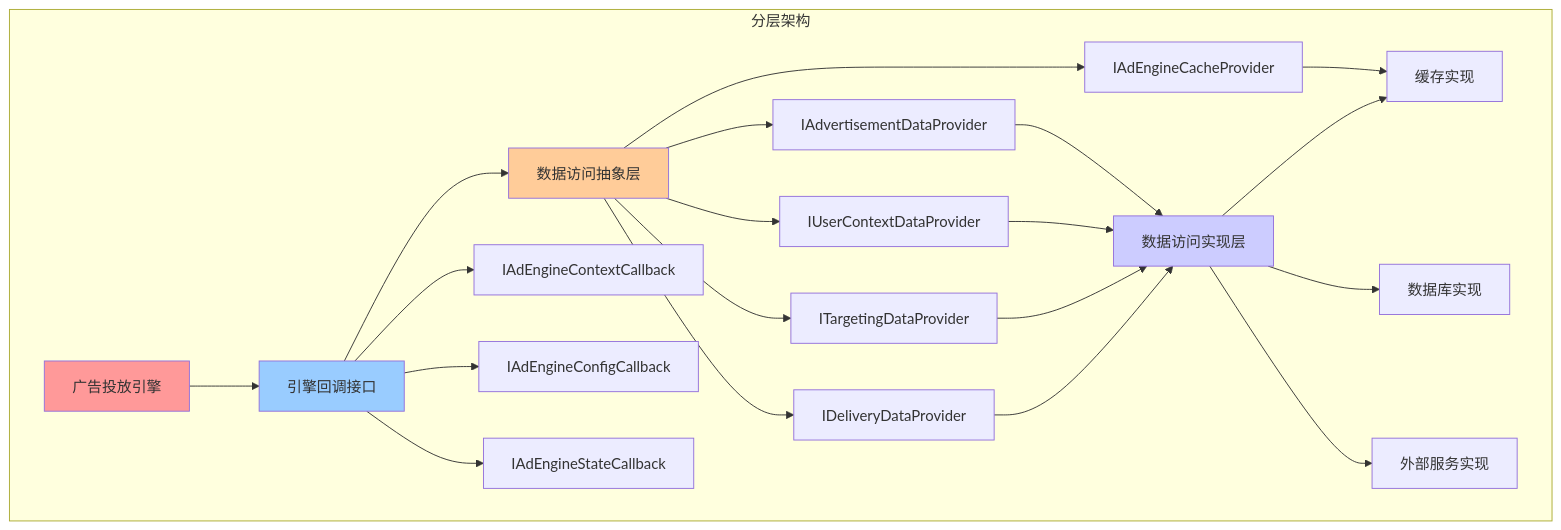
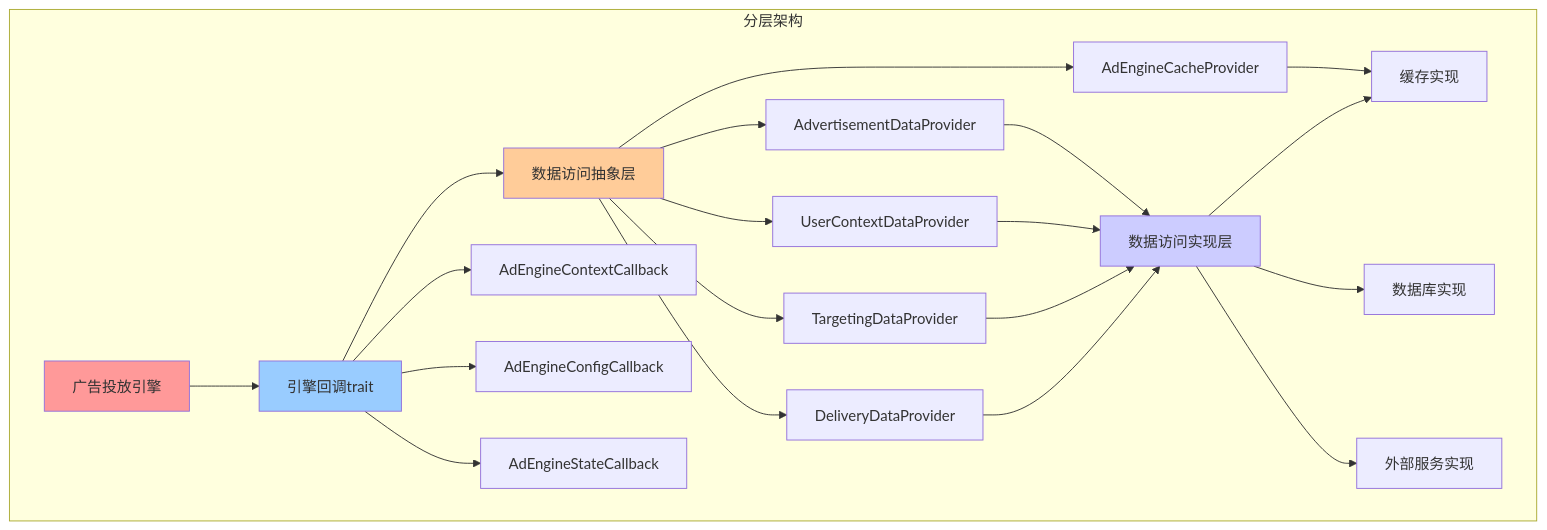
Before and after one commit to lornshrimp/Lorn.ADSP.Rust: the sixth of 12 diagrams in docs_TecDesign/广告投放引擎/广告引擎抽象层设计.md, drawn with Mermaid. The commit also changed other lines of this file and 3 other files, not shown here.

````diff
--- a/docs_TecDesign/广告投放引擎/广告引擎抽象层设计.md
+++ b/docs_TecDesign/广告投放引擎/广告引擎抽象层设计.md
@@ -552,47 +563,47 @@
 ```mermaid
 graph TB
     subgraph "分层架构"
-        A[广告投放引擎] --> B[引擎回调接口]
+        A[广告投放引擎] --> B[引擎回调trait]
         B --> C[数据访问抽象层]
         
-        B1[IAdEngineContextCallback]
-        B2[IAdEngineConfigCallback]  
-        B3[IAdEngineStateCallback]
+        B1[AdEngineContextCallback]
+        B2[AdEngineConfigCallback]  
+        B3[AdEngineStateCallback]
         
-        C1[IAdvertisementDataProvider]
-        C2[IUserContextDataProvider]
-        C3[ITargetingDataProvider]
-        C4[IDeliveryDataProvider]
-        C5[IAdEngineCacheProvider]
+        C1[AdvertisementDataProvider]
+        C2[UserContextDataProvider]
+        C3[TargetingDataProvider]
+        C4[DeliveryDataProvider]
+        C5[AdEngineCacheProvider]
         
         D[数据访问实现层]
         D1[缓存实现]
         D2[数据库实现]
         D3[外部服务实现]
         
         B --> B1
         B --> B2
         B --> B3
         
         C --> C1
         C --> C2
         C --> C3
         C --> C4
         C --> C5
         
         C1 --> D
         C2 --> D
         C3 --> D
         C4 --> D
         C5 --> D1
         
         D --> D1
         D --> D2
         D --> D3
     end
     
     style A fill:#ff9999
     style B fill:#99ccff
     style C fill:#ffcc99
     style D fill:#ccccff
 ```
````
